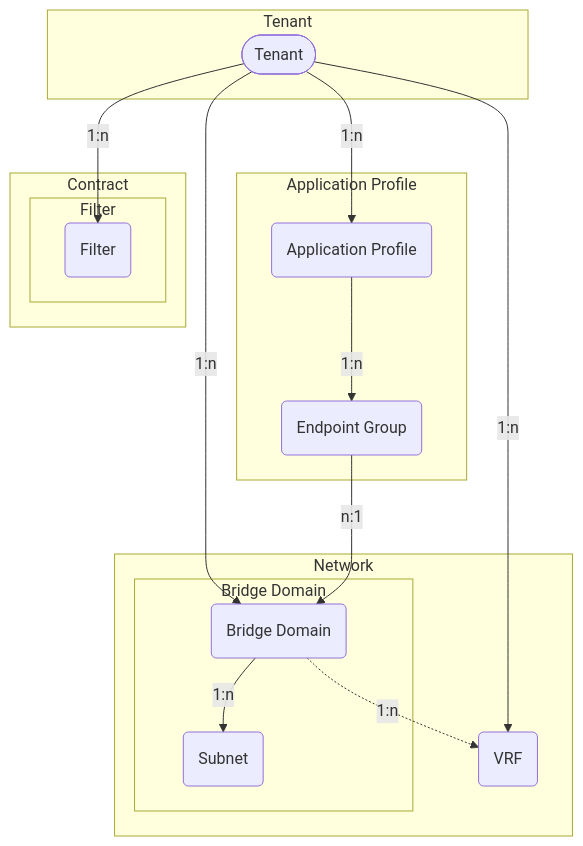
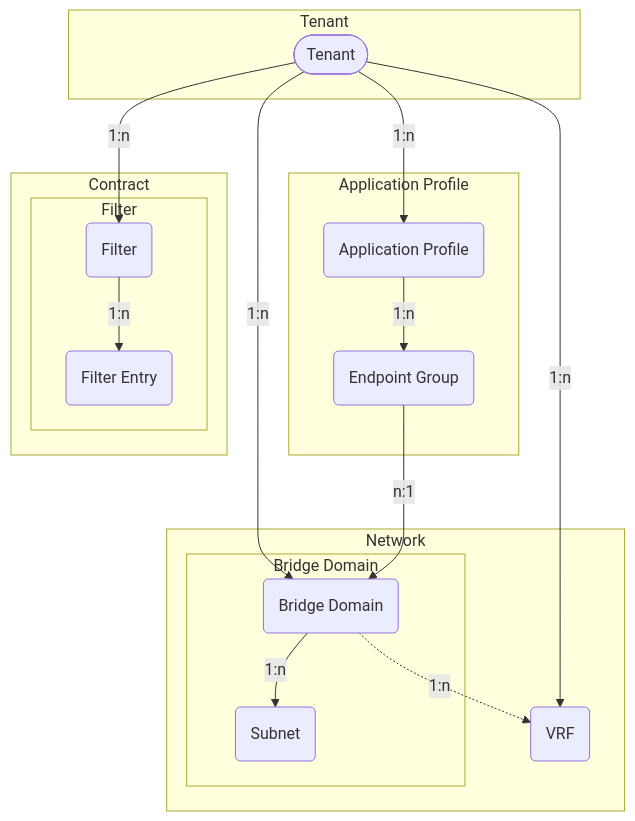
The diagram in docs/features/tenants.md (pheus/netbox-aci-plugin), drawn with Mermaid before and after one commit. The commit also changed other lines of this file, not shown here.

First line of the commit message:
docs(filters): Add Contract Filter Entry documentation

````diff
--- a/docs/features/tenants.md
+++ b/docs/features/tenants.md
@@ -6,31 +6,33 @@
 ```mermaid
 flowchart TD
     TN([Tenant])
     AP(Application Profile)
     EPG(Endpoint Group)
     VRF(VRF)
     BD(Bridge Domain)
     SN(Subnet)
     FT(Filter)
+    FTE(Filter Entry)
     subgraph graphTN [Tenant]
         TN
     end
     subgraph graphAP [Application Profile]
         TN -->|1:n| AP
         AP -->|1:n| EPG
     end
     subgraph graphNW [Network]
         TN -->|1:n| VRF
         subgraph graphBD [Bridge Domain]
             TN -->|1:n| BD
             BD -->|1:n| SN
         end
         BD -.->|1:n| VRF
     end
     subgraph graphCT [Contract]
         subgraph graphFT [Filter]
             TN -->|1:n| FT
+            FT -->|1:n| FTE
         end
     end
     EPG -->|n:1| BD
 ```
````
